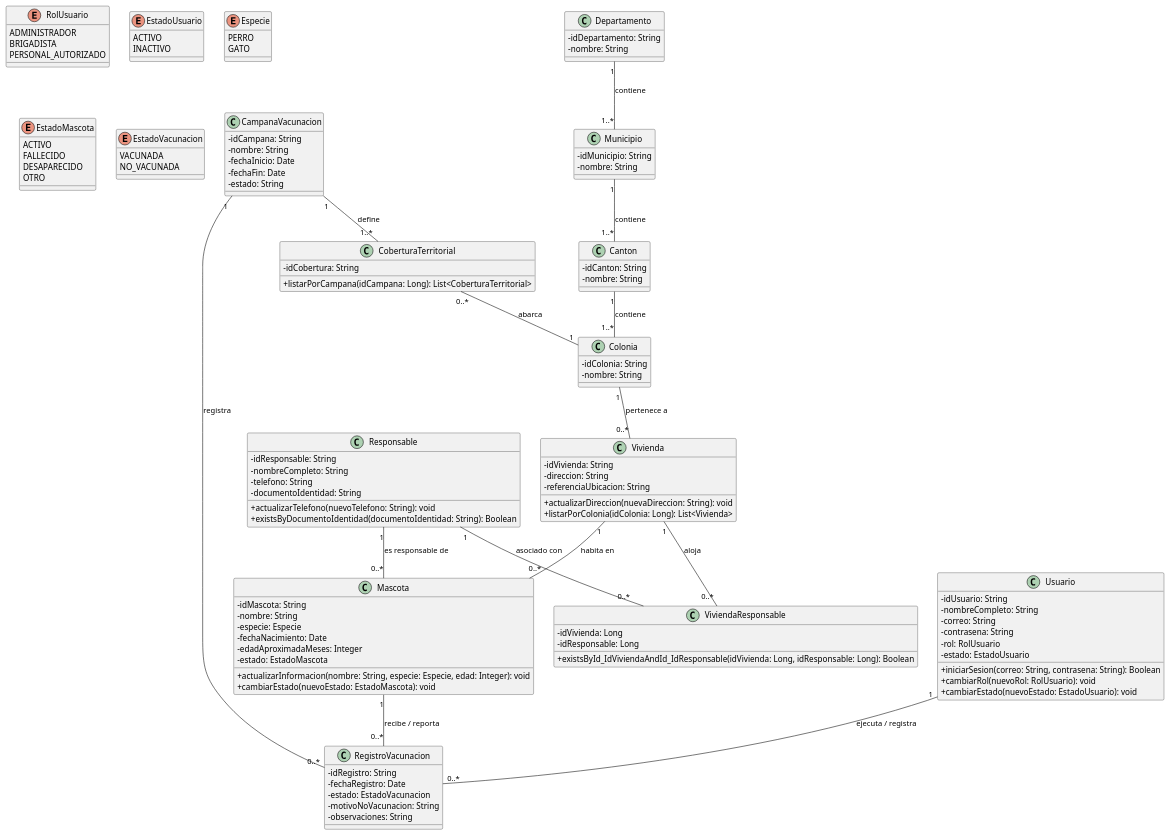
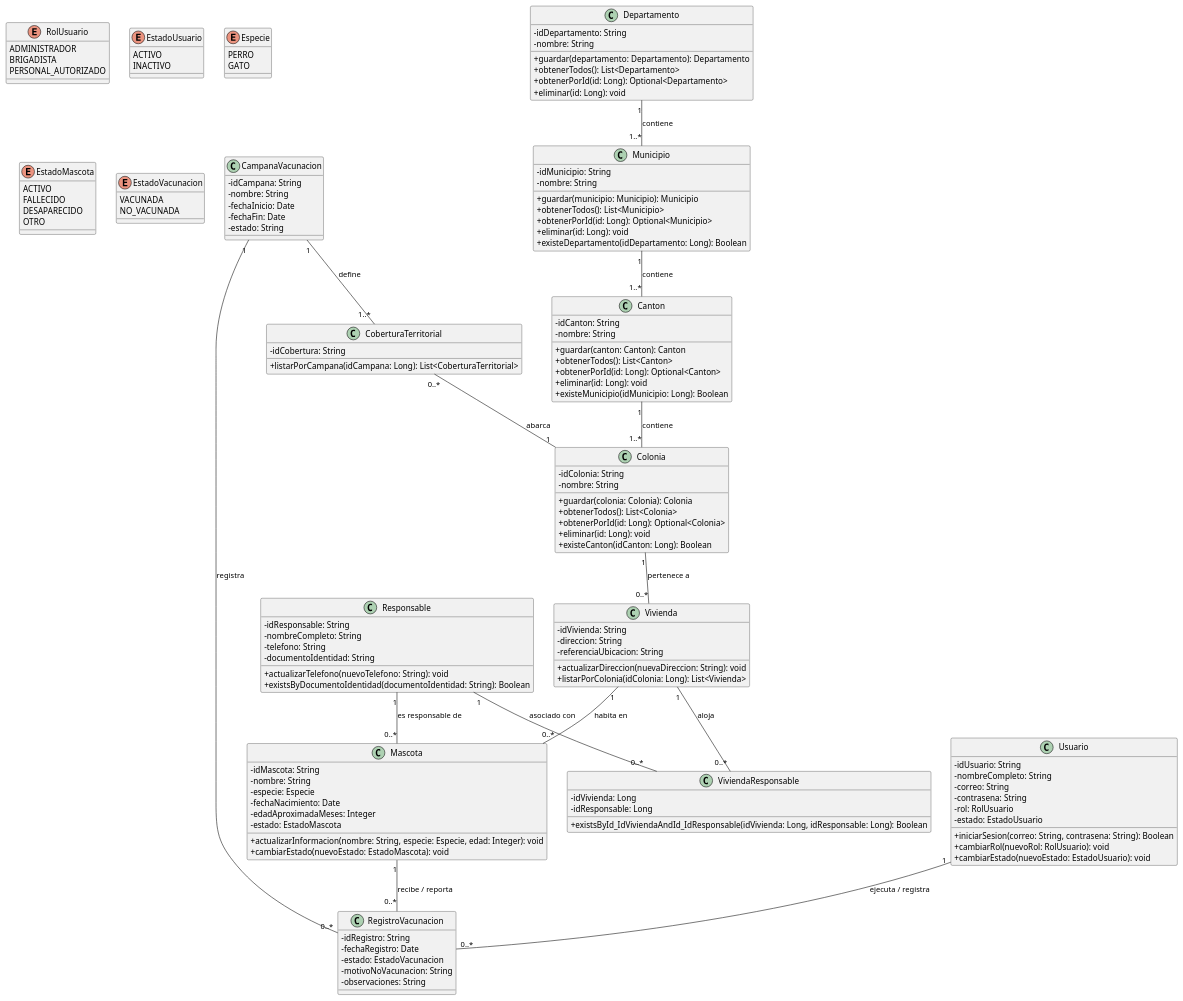
Before and after one commit to Alfredo2809/SISTEMA-DE-VACUNACION-ANIMAL: the diagram in src/main/Diagramas/Clases.puml, drawn with PlantUML. The commit also changed 1 other file, not shown here.

Commit message:
actualizacion del diagrama de clases y README

```diff
--- a/src/main/Diagramas/Clases.puml
+++ b/src/main/Diagramas/Clases.puml
@@ -1,119 +1,138 @@
 @startuml
 skinparam classAttributeIconSize 0
 ' Enums (Valores en UPPER_SNAKE_CASE)
 enum RolUsuario {
   ADMINISTRADOR
   BRIGADISTA
   PERSONAL_AUTORIZADO
 }
 enum EstadoUsuario {
   ACTIVO
   INACTIVO
 }
 enum Especie {
   PERRO
   GATO
 }
 enum EstadoMascota {
   ACTIVO
   FALLECIDO
   DESAPARECIDO
   OTRO
 }
 ' Nuevo enumerador para clasificar el estado de la vacunación
 enum EstadoVacunacion {
   VACUNADA
   NO_VACUNADA
 }
 ' Clases Principales (UpperCamelCase)
 class CampanaVacunacion {
   - idCampana: String
   - nombre: String
   - fechaInicio: Date
   - fechaFin: Date
   - estado: String
 }
 class CoberturaTerritorial {
   - idCobertura: String
   + listarPorCampana(idCampana: Long): List<CoberturaTerritorial>
 }
 class Departamento {
   - idDepartamento: String
   - nombre: String
+  + guardar(departamento: Departamento): Departamento
+  + obtenerTodos(): List<Departamento>
+  + obtenerPorId(id: Long): Optional<Departamento>
+  + eliminar(id: Long): void
 }
 class Municipio {
   - idMunicipio: String
   - nombre: String
+  + guardar(municipio: Municipio): Municipio
+  + obtenerTodos(): List<Municipio>
+  + obtenerPorId(id: Long): Optional<Municipio>
+  + eliminar(id: Long): void
+  + existeDepartamento(idDepartamento: Long): Boolean
 }
 class Canton {
   - idCanton: String
   - nombre: String
+  + guardar(canton: Canton): Canton
+  + obtenerTodos(): List<Canton>
+  + obtenerPorId(id: Long): Optional<Canton>
+  + eliminar(id: Long): void
+  + existeMunicipio(idMunicipio: Long): Boolean
 }
 class Colonia {
   - idColonia: String
   - nombre: String
+  + guardar(colonia: Colonia): Colonia
+  + obtenerTodos(): List<Colonia>
+  + obtenerPorId(id: Long): Optional<Colonia>
+  + eliminar(id: Long): void
+  + existeCanton(idCanton: Long): Boolean
 }
 class Vivienda {
   - idVivienda: String
   - direccion: String
   - referenciaUbicacion: String
   + actualizarDireccion(nuevaDireccion: String): void
   + listarPorColonia(idColonia: Long): List<Vivienda>
 }
 class Responsable {
   - idResponsable: String
   - nombreCompleto: String
   - telefono: String
   - documentoIdentidad: String
   + actualizarTelefono(nuevoTelefono: String): void
   + existsByDocumentoIdentidad(documentoIdentidad: String): Boolean
 }
 class ViviendaResponsable {
   - idVivienda: Long
   - idResponsable: Long
   + existsById_IdViviendaAndId_IdResponsable(idVivienda: Long, idResponsable: Long): Boolean
 }
 class Mascota {
   - idMascota: String
   - nombre: String
   - especie: Especie
   - fechaNacimiento: Date
   - edadAproximadaMeses: Integer
   - estado: EstadoMascota
   + actualizarInformacion(nombre: String, especie: Especie, edad: Integer): void
   + cambiarEstado(nuevoEstado: EstadoMascota): void
 }
 class Usuario {
   - idUsuario: String
   - nombreCompleto: String
   - correo: String
   - contrasena: String
   - rol: RolUsuario
   - estado: EstadoUsuario
   + iniciarSesion(correo: String, contrasena: String): Boolean
   + cambiarRol(nuevoRol: RolUsuario): void
   + cambiarEstado(nuevoEstado: EstadoUsuario): void
 }
 ' Clase unificada para los registros
 class RegistroVacunacion {
   - idRegistro: String
   - fechaRegistro: Date
   - estado: EstadoVacunacion
   - motivoNoVacunacion: String
   - observaciones: String
 }
 ' Relaciones y Jerarquías
 Departamento "1" -- "1..*" Municipio : contiene
 Municipio "1" -- "1..*" Canton : contiene
 Canton "1" -- "1..*" Colonia : contiene
 Colonia "1" -- "0..*" Vivienda : pertenece a
 Vivienda "1" -- "0..*" Mascota : habita en
 Responsable "1" -- "0..*" Mascota : es responsable de
 Responsable "1" -- "0..*" ViviendaResponsable : asociado con
 Vivienda "1" -- "0..*" ViviendaResponsable : aloja
 CampanaVacunacion "1" -- "1..*" CoberturaTerritorial : define
 CoberturaTerritorial "0..*" -- "1" Colonia : abarca
 Usuario "1" -- "0..*" RegistroVacunacion : ejecuta / registra
 CampanaVacunacion "1" -- "0..*" RegistroVacunacion : registra
 Mascota "1" -- "0..*" RegistroVacunacion : recibe / reporta
 @enduml
```
